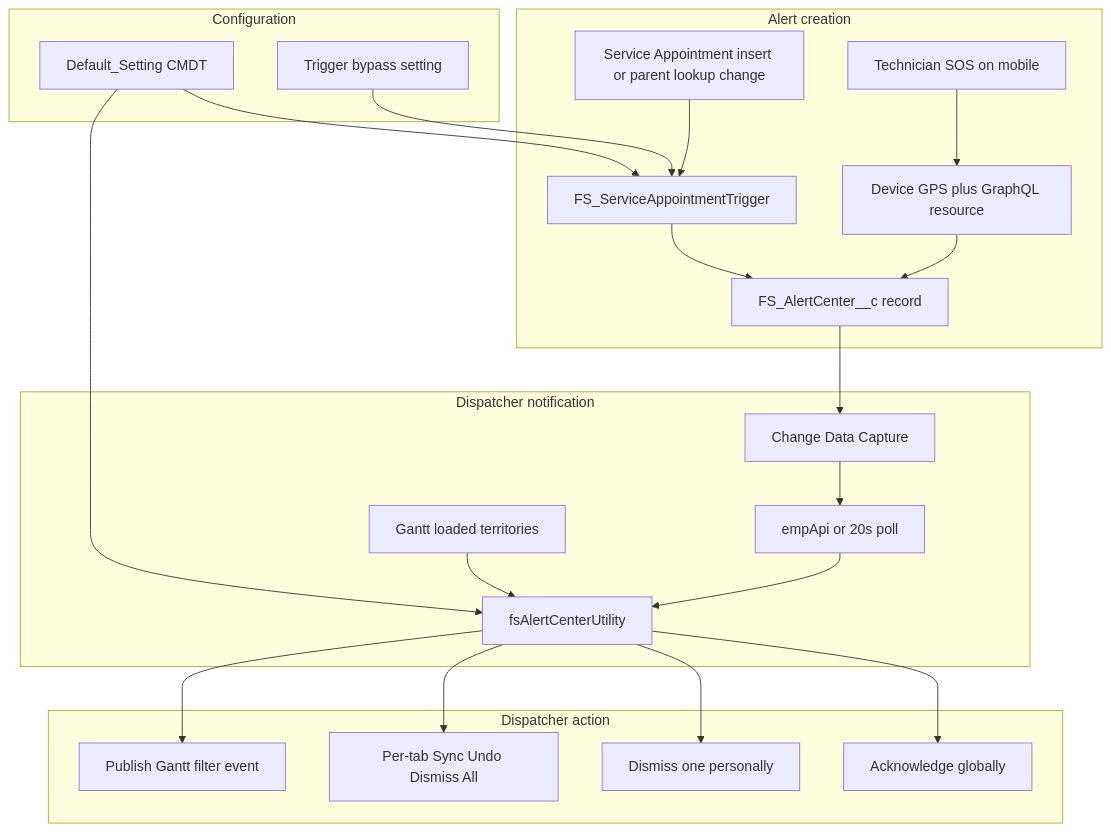
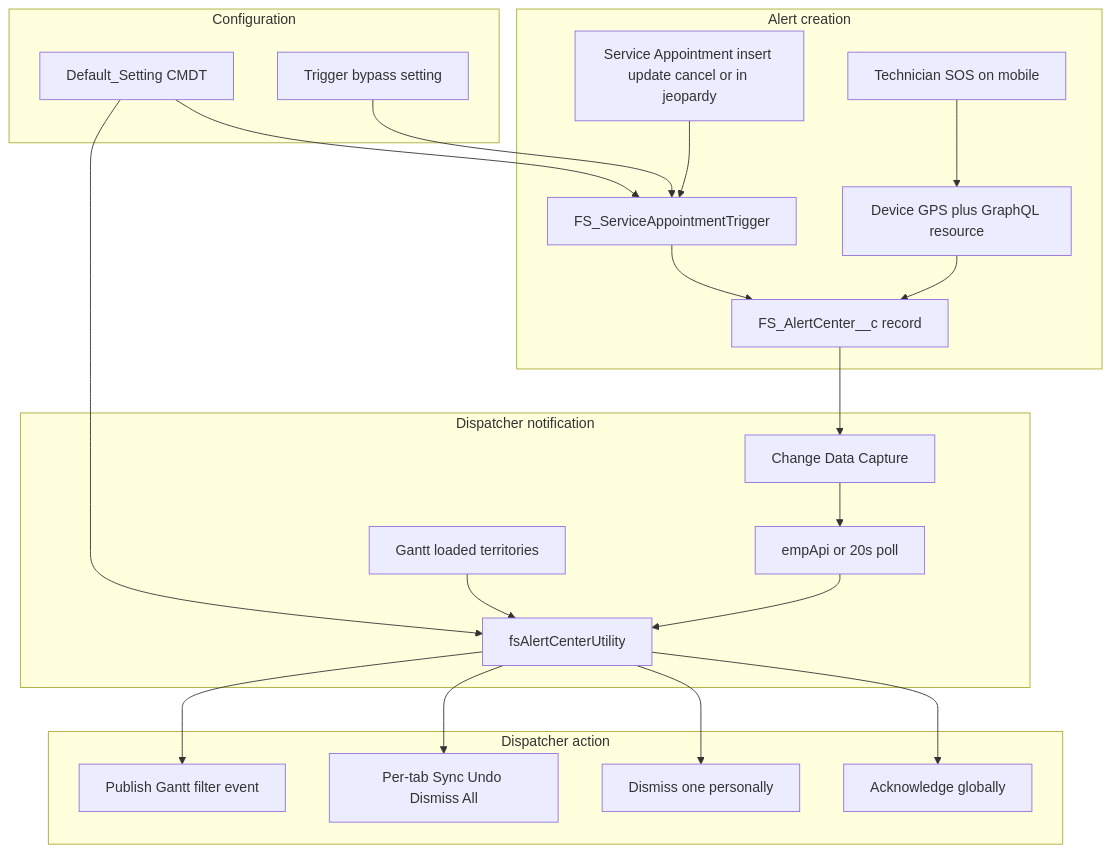
The first of 5 diagrams in docs/FS_Alert_Center_Design.md (SaiChinta/job-alert-component), drawn with Mermaid before and after one commit. The commit also changed other lines of this file and 22 other files, not shown here.

````diff
--- a/docs/FS_Alert_Center_Design.md
+++ b/docs/FS_Alert_Center_Design.md
@@ -28,45 +30,45 @@
 ```mermaid
 flowchart TD
     subgraph config [Configuration]
         CMDT[Default_Setting CMDT]
         Bypass[Trigger bypass setting]
     end
 
     subgraph create [Alert creation]
-        SA[Service Appointment insert or parent lookup change]
+        SA[Service Appointment insert update cancel or in jeopardy]
         Trig[FS_ServiceAppointmentTrigger]
         SOS[Technician SOS on mobile]
         GPS[Device GPS plus GraphQL resource]
         Rec[FS_AlertCenter__c record]
     end
 
     subgraph notify [Dispatcher notification]
         CDC[Change Data Capture]
         Emp[empApi or 20s poll]
         Util[fsAlertCenterUtility]
         Terr[Gantt loaded territories]
     end
 
     subgraph act [Dispatcher action]
         Ack[Acknowledge globally]
         Dis[Dismiss one personally]
         TabAct[Per-tab Sync Undo Dismiss All]
         Filt[Publish Gantt filter event]
     end
 
     CMDT --> Trig
     Bypass --> Trig
     SA --> Trig
     Trig --> Rec
     SOS --> GPS
     GPS --> Rec
     Rec --> CDC
     CDC --> Emp
     Emp --> Util
     Terr --> Util
     CMDT --> Util
     Util --> Ack
     Util --> Dis
     Util --> TabAct
     Util --> Filt
 ```
````
